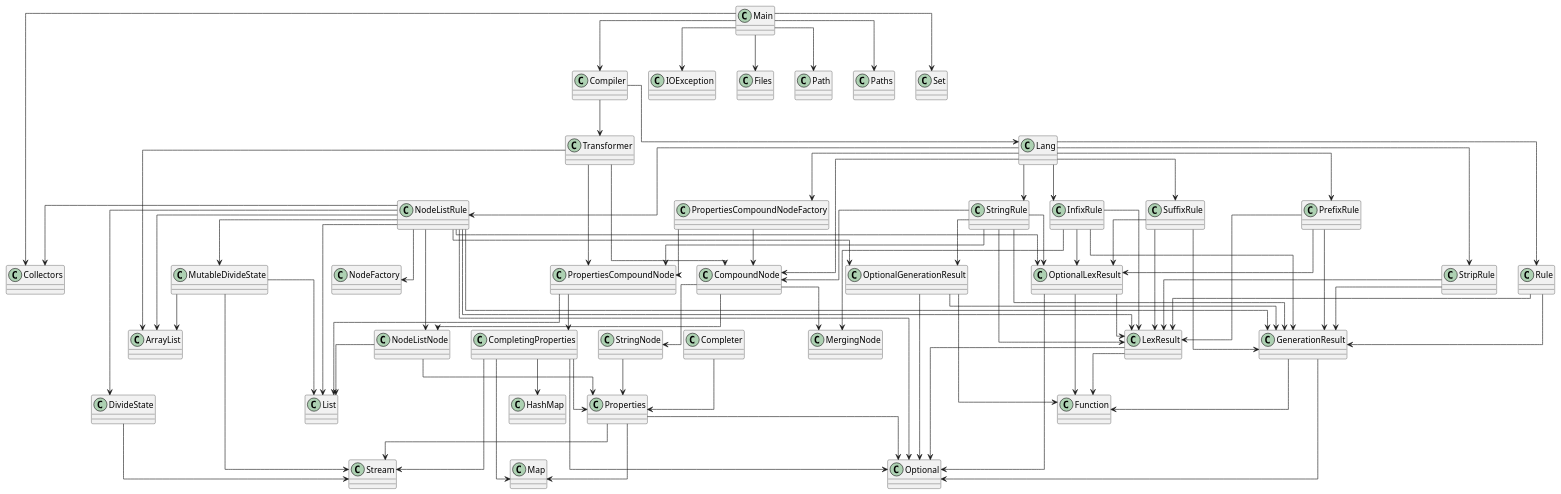
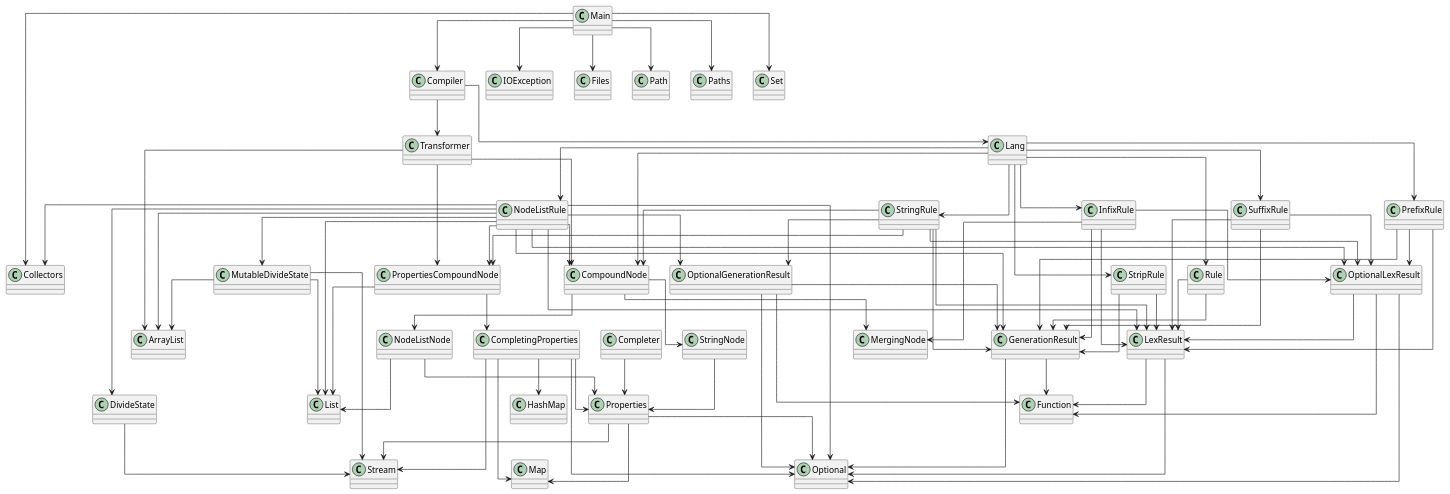
Before and after one commit to SirMathhman/Magma: the diagram in diagram.puml, drawn with PlantUML. The commit also changed 4 other files, not shown here.

```diff
--- a/diagram.puml
+++ b/diagram.puml
@@ -1,116 +1,111 @@
 @startuml
 skinparam linetype ortho
 class Transformer
 Transformer --> CompoundNode
 Transformer --> PropertiesCompoundNode
 Transformer --> ArrayList
 class InfixRule
 InfixRule --> MergingNode
 InfixRule --> GenerationResult
 InfixRule --> LexResult
 InfixRule --> OptionalLexResult
 class NodeListRule
-NodeListRule --> NodeListNode
+NodeListRule --> CompoundNode
+NodeListRule --> PropertiesCompoundNode
 NodeListRule --> DivideState
 NodeListRule --> MutableDivideState
-NodeListRule --> NodeFactory
 NodeListRule --> GenerationResult
 NodeListRule --> LexResult
 NodeListRule --> OptionalGenerationResult
 NodeListRule --> OptionalLexResult
 NodeListRule --> ArrayList
 NodeListRule --> List
 NodeListRule --> Optional
 NodeListRule --> Collectors
 class MergingNode
 class OptionalLexResult
 OptionalLexResult --> LexResult
 OptionalLexResult --> Optional
 OptionalLexResult --> Function
 class Properties
 Properties --> Map
 Properties --> Optional
 Properties --> Stream
 class StringRule
 StringRule --> CompoundNode
 StringRule --> PropertiesCompoundNode
 StringRule --> GenerationResult
 StringRule --> LexResult
 StringRule --> OptionalGenerationResult
 StringRule --> OptionalLexResult
 class Completer
 Completer --> Properties
 class PrefixRule
 PrefixRule --> GenerationResult
 PrefixRule --> LexResult
 PrefixRule --> OptionalLexResult
 class CompoundNode
 CompoundNode --> MergingNode
 CompoundNode --> NodeListNode
 CompoundNode --> StringNode
 class CompletingProperties
 CompletingProperties --> Properties
 CompletingProperties --> HashMap
 CompletingProperties --> Map
 CompletingProperties --> Optional
 CompletingProperties --> Stream
 class LexResult
 LexResult --> Optional
 LexResult --> Function
 class Lang
 Lang --> CompoundNode
 Lang --> NodeListRule
 Lang --> InfixRule
 Lang --> PrefixRule
 Lang --> Rule
 Lang --> StringRule
 Lang --> StripRule
 Lang --> SuffixRule
-Lang --> PropertiesCompoundNodeFactory
-class NodeFactory
 class Compiler
 Compiler --> Lang
 Compiler --> Transformer
 class StringNode
 StringNode --> Properties
 class PropertiesCompoundNode
 PropertiesCompoundNode --> CompletingProperties
 PropertiesCompoundNode --> List
 class MutableDivideState
 MutableDivideState --> ArrayList
 MutableDivideState --> List
 MutableDivideState --> Stream
 class DivideState
 DivideState --> Stream
 class OptionalGenerationResult
 OptionalGenerationResult --> GenerationResult
 OptionalGenerationResult --> Optional
 OptionalGenerationResult --> Function
 class GenerationResult
 GenerationResult --> Optional
 GenerationResult --> Function
 class StripRule
 StripRule --> GenerationResult
 StripRule --> LexResult
-class PropertiesCompoundNodeFactory
-PropertiesCompoundNodeFactory --> CompoundNode
-PropertiesCompoundNodeFactory --> PropertiesCompoundNode
 class NodeListNode
 NodeListNode --> Properties
 NodeListNode --> List
 class Main
 Main --> Compiler
 Main --> IOException
 Main --> Files
 Main --> Path
 Main --> Paths
 Main --> Set
 Main --> Collectors
 class Rule
 Rule --> GenerationResult
 Rule --> LexResult
 class SuffixRule
 SuffixRule --> GenerationResult
 SuffixRule --> LexResult
 SuffixRule --> OptionalLexResult
 @enduml
```
